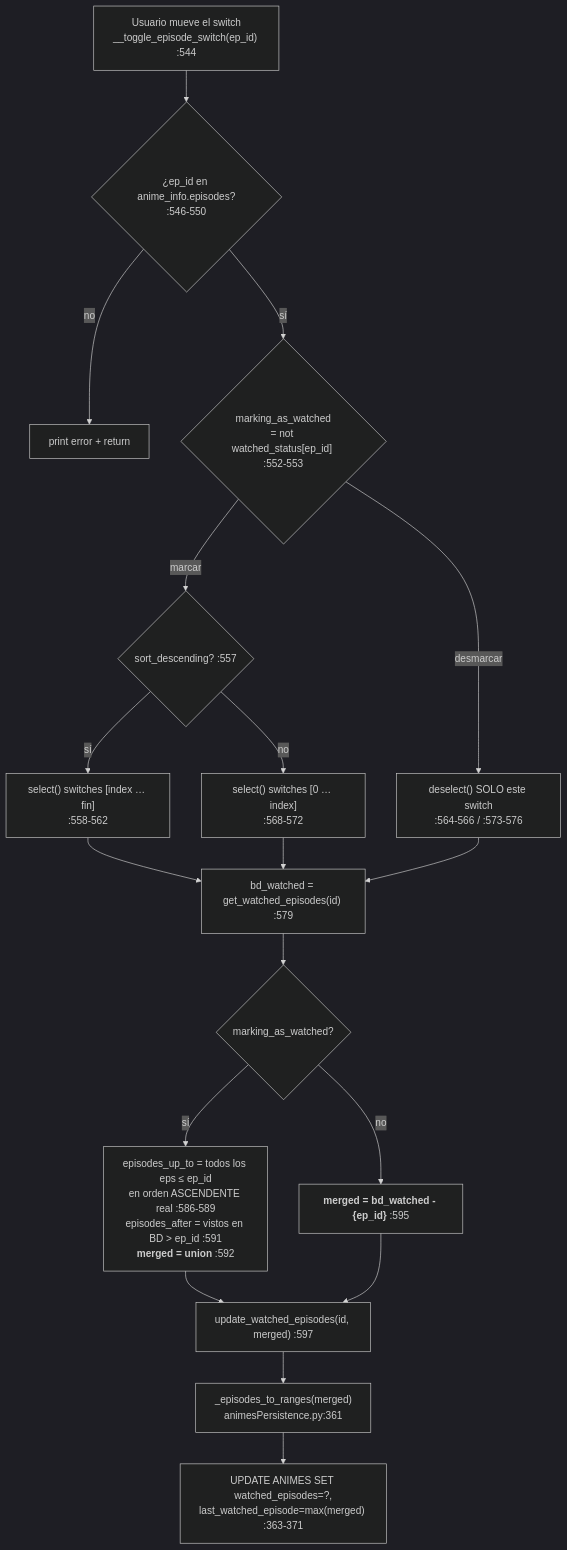
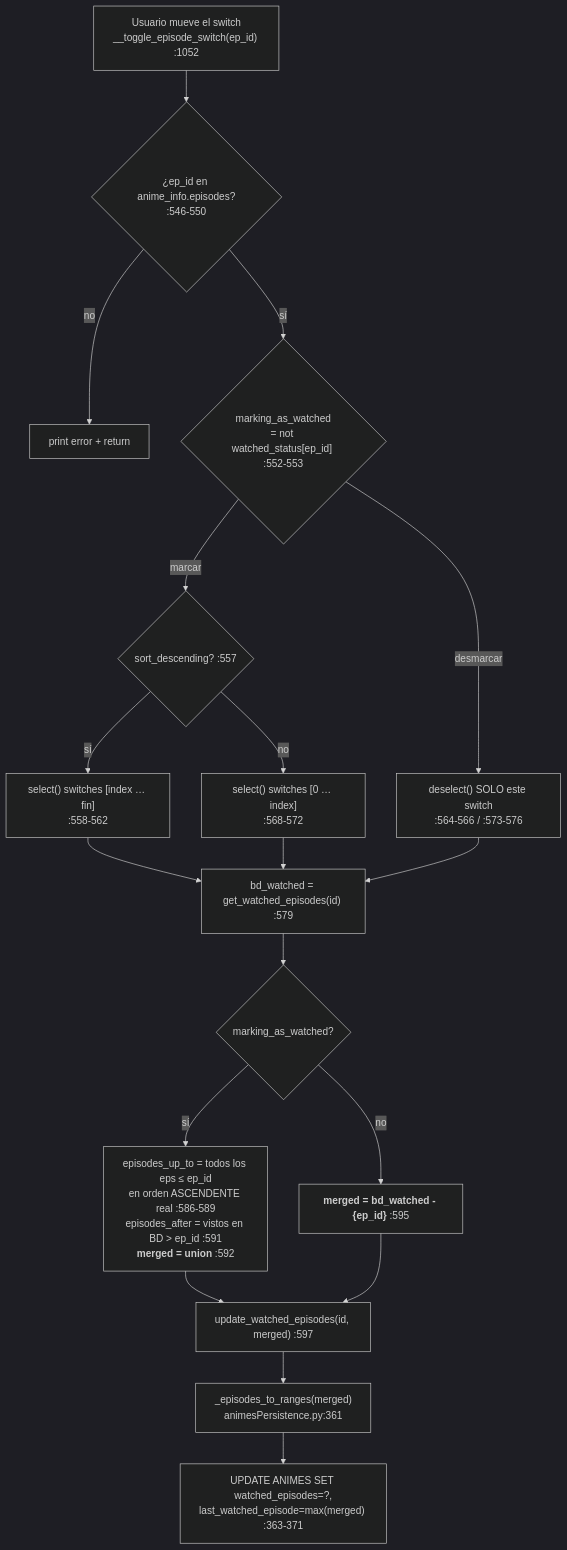
Before and after one commit to DavidEscri/BibliotecaAnime: the sixth of 12 diagrams in .claude/docs/03-flujos-de-ejecucion.md, drawn with Mermaid (dark theme). The commit also changed other lines of this file and 15 other files, not shown here.

````diff
--- a/.claude/docs/03-flujos-de-ejecucion.md
+++ b/.claude/docs/03-flujos-de-ejecucion.md
@@ -198,25 +266,25 @@
 ```mermaid
 flowchart TD
-    A["Usuario mueve el switch<br/>__toggle_episode_switch(ep_id) :544"] --> B{"¿ep_id en anime_info.episodes?<br/>:546-550"}
+    A["Usuario mueve el switch<br/>__toggle_episode_switch(ep_id) :1052"] --> B{"¿ep_id en anime_info.episodes?<br/>:546-550"}
     B -->|no| B2["print error + return"]
     B -->|sí| C{"marking_as_watched<br/>= not watched_status[ep_id] :552-553"}
 
     C -->|marcar| D{"sort_descending? :557"}
     D -->|sí| D1["select() switches [index … fin]<br/>:558-562"]
     D -->|no| D2["select() switches [0 … index]<br/>:568-572"]
 
     C -->|desmarcar| E["deselect() SOLO este switch<br/>:564-566 / :573-576"]
 
     D1 --> F["bd_watched = get_watched_episodes(id) :579"]
     D2 --> F
     E --> F
 
     F --> G{"marking_as_watched?"}
     G -->|sí| H["episodes_up_to = todos los eps ≤ ep_id<br/>en orden ASCENDENTE real :586-589<br/>episodes_after = vistos en BD > ep_id :591<br/><b>merged = union</b> :592"]
     G -->|no| I["<b>merged = bd_watched - {ep_id}</b> :595"]
 
     H --> J["update_watched_episodes(id, merged) :597"]
     I --> J
     J --> K["_episodes_to_ranges(merged)<br/>animesPersistence.py:361"]
     K --> L["UPDATE ANIMES SET watched_episodes=?,<br/>last_watched_episode=max(merged) :363-371"]
 ```
````
